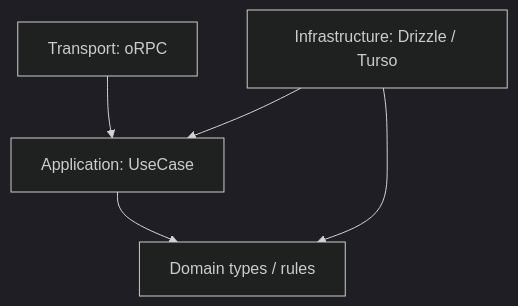
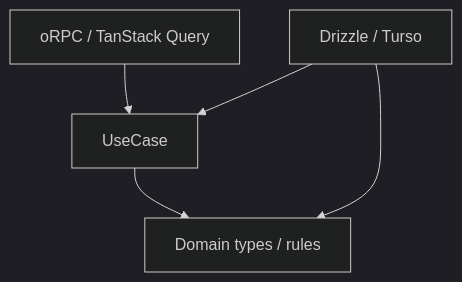
The second of 5 diagrams in docs/superpowers/specs/2026-08-22-application-architecture-evolution-design.md (koralle/pantry), drawn with Mermaid (dark theme) before and after one commit. The commit also changed other lines of this file, not shown here.

Commit message:
docs: simplify RPC error handling design

````diff
--- a/docs/superpowers/specs/2026-08-22-application-architecture-evolution-design.md
+++ b/docs/superpowers/specs/2026-08-22-application-architecture-evolution-design.md
@@ -90,12 +99,12 @@
 ```mermaid
 flowchart TD
-  Transport[Transport: oRPC]
-  Application[Application: UseCase]
+  Transport[oRPC / TanStack Query]
+  Application[UseCase]
   Domain[Domain types / rules]
-  Infrastructure[Infrastructure: Drizzle / Turso]
+  Infrastructure[Drizzle / Turso]
 
   Transport --> Application
   Application --> Domain
   Infrastructure --> Application
   Infrastructure --> Domain
 ```
````
